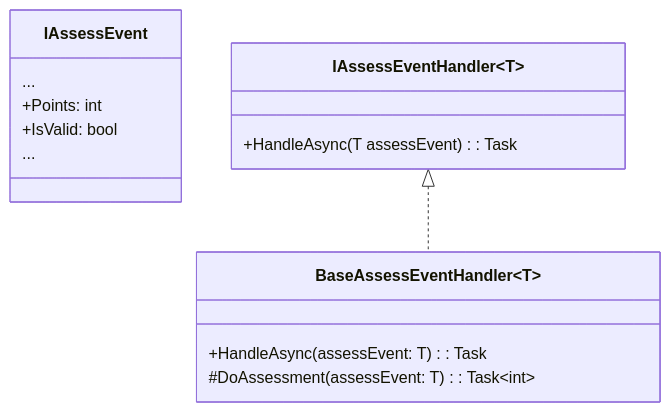
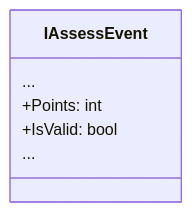
The second of 2 diagrams in _posts/2025-10-15-decoupling-by-design-implementing-an-assessment-mechanism-with-events.md (oninebx/blog), drawn with Mermaid before and after one commit. The commit also changed other lines of this file, not shown here.

Commit message:
Update Blog “2025-10-15-decoupling-by-design-implementing-an-assessment-mechanism-with-events”

````diff
--- a/_posts/2025-10-15-decoupling-by-design-implementing-an-assessment-mechanism-with-events.md
+++ b/_posts/2025-10-15-decoupling-by-design-implementing-an-assessment-mechanism-with-events.md
@@ -76,23 +77,26 @@
 <div class="mermaid">
 classDiagram
     class IAssessEvent {
       ...
       +Points: int
       +IsValid: bool
       ...
     }
 
-    %% Interface
-    class IAssessEventHandler~T~ {
-        +HandleAsync(T assessEvent) : Task
-    }
+```
+%% Interface
+class IAssessEventHandler~T~ {
+    +HandleAsync(T assessEvent) : Task
+}
 
-    %% Abstract class
-    class BaseAssessEventHandler~T~ {
-        +HandleAsync(assessEvent: T) : Task
-        #DoAssessment(assessEvent: T) : Task~int~
-    }
+%% Abstract class
+class BaseAssessEventHandler~T~ {
+    +HandleAsync(assessEvent: T) : Task
+    #DoAssessment(assessEvent: T) : Task~int~
+}
 
-    %% Relationships
-    IAssessEventHandler~T~ <|.. BaseAssessEventHandler~T~
+%% Relationships
+IAssessEventHandler~T~ <|.. BaseAssessEventHandler~T~
+```
+
 </div>
````
